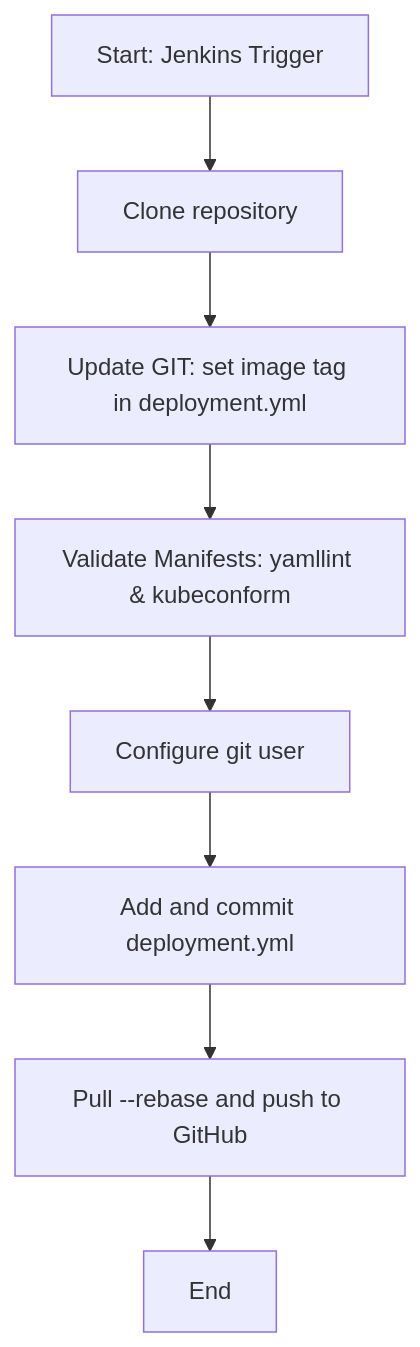
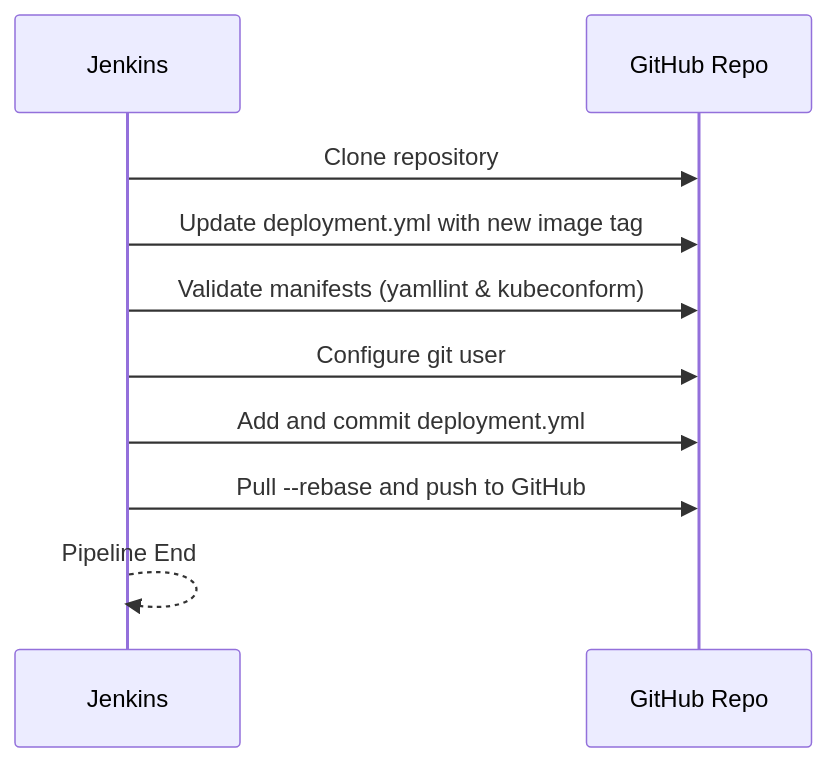
One commit to FelipeBarretoB/ecommerce-kubernetes-manifest changed the third of 3 diagrams in README.md. Above: the diagram before and after it, drawn with Mermaid. The commit also changed other lines of this file, not shown here.

Commit message:
changed to sequence diagramas

````diff
--- a/README.md
+++ b/README.md
@@ -217,10 +227,13 @@
 ```mermaid
-flowchart TD
-    A[Start: Jenkins Trigger] --> B[Clone repository]
-    B --> C[Update GIT: set image tag in deployment.yml]
-    C --> D[Validate Manifests: yamllint & kubeconform]
-    D --> E[Configure git user]
-    E --> F[Add and commit deployment.yml]
-    F --> G[Pull --rebase and push to GitHub]
-    G --> H[End]
+sequenceDiagram
+    participant Jenkins as Jenkins
+    participant Repo as GitHub Repo
+
+    Jenkins->>Repo: Clone repository
+    Jenkins->>Repo: Update deployment.yml with new image tag
+    Jenkins->>Repo: Validate manifests (yamllint & kubeconform)
+    Jenkins->>Repo: Configure git user
+    Jenkins->>Repo: Add and commit deployment.yml
+    Jenkins->>Repo: Pull --rebase and push to GitHub
+    Jenkins-->>Jenkins: Pipeline End
 ```
````
